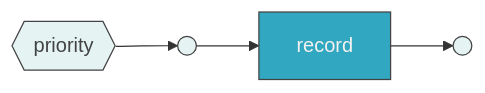
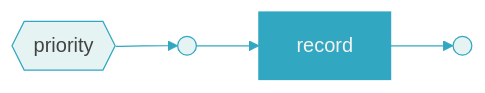
Before and after one commit to bhardwajRahul/fabric: the diagram in verify/priorityflow/PRIORITY.mmd, drawn with Mermaid. The commit also changed 171 other files, not shown here.

```diff
--- a/verify/priorityflow/PRIORITY.mmd
+++ b/verify/priorityflow/PRIORITY.mmd
@@ -1,8 +1,10 @@
+%%{init: {'themeVariables': {'lineColor': '#32a7c1', 'edgeLabelBackground': '#e5f4f3', 'textColor': '#434343', 'titleColor': '#32a7c1', 'clusterTextColor': '#32a7c1'}}}%%
 graph LR
-    classDef task fill:#32a7c1,color:#f4f2ef,stroke:#434343
-    classDef sub fill:#ed2e92,color:#f4f2ef,stroke:#434343
-    classDef term fill:#e5f4f3,color:#434343,stroke:#434343
+    classDef task fill:#32a7c1,color:#f4f2ef,stroke:#32a7c1
+    classDef sub fill:#ed2e92,color:#f4f2ef,stroke:#ed2e92
+    classDef term fill:#e5f4f3,color:#434343,stroke:#32a7c1
 
     _title{{"priority"}}:::term --> _start
-    _start(( )):::term --> t0["record"]:::task
+    _start(( )):::term --> t0
+    t0["record"]:::task
     t0 --> _end(( )):::term
```
